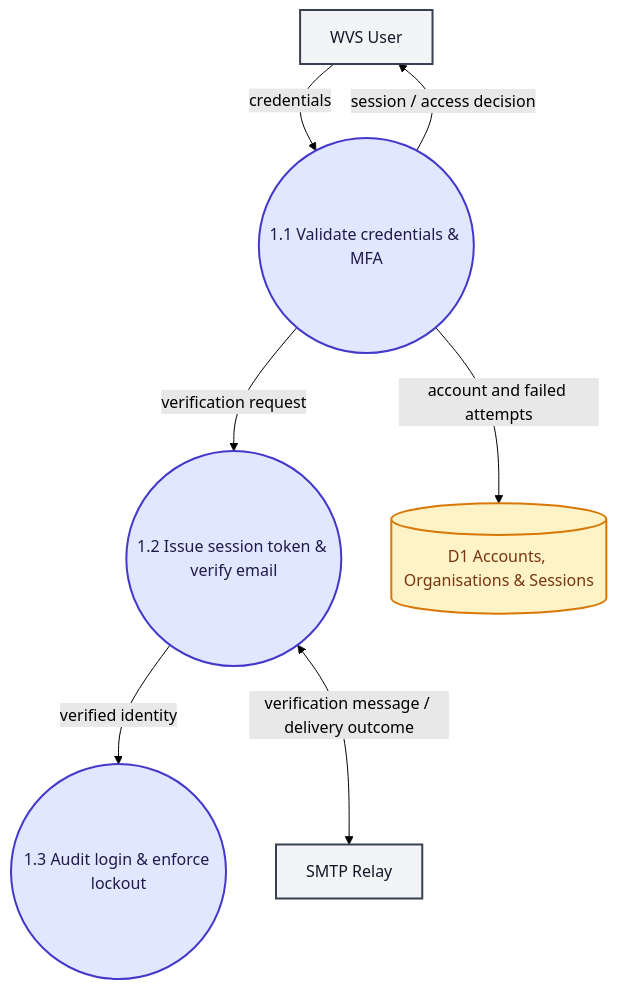
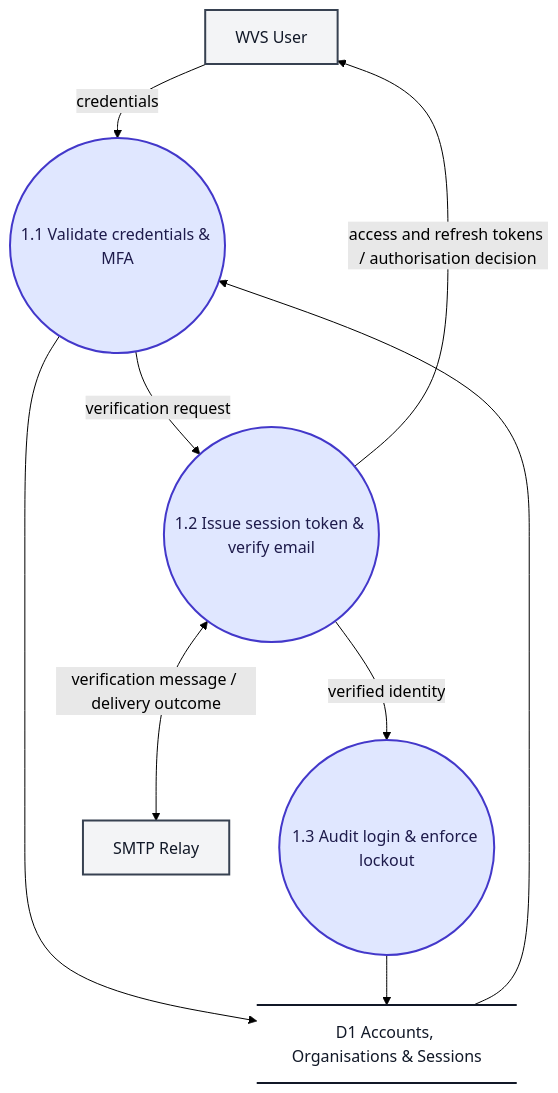
Before and after one commit to ksacheth/software-engineering: the third of 10 diagrams in docs/Website_Vulnerability_Scanner_DFD.md, drawn with Mermaid (forest theme). The commit also changed other lines of this file and 25 other files, not shown here.

Commit message:
docs(dfd): standardize data store flows

````diff
--- a/docs/Website_Vulnerability_Scanner_DFD.md
+++ b/docs/Website_Vulnerability_Scanner_DFD.md
@@ -135,26 +136,28 @@
 ```mermaid
 flowchart TD
     %% Level 2 DFD - F.1 User Authentication & Access Control
 
     User["WVS User"]
     P11(("1.1 Validate credentials & MFA"))
     P12(("1.2 Issue session token & verify email"))
     P13(("1.3 Audit login & enforce lockout"))
-    D1[("D1 Accounts, Organisations & Sessions")]
+    D1@{ shape: datastore, label: "D1 Accounts, Organisations & Sessions" }
     SMTP["SMTP Relay"]
 
     User -->|"credentials"| P11
-    P11 -->|"session / access decision"| User
     P11 -->|"verification request"| P12
+    P12 -->|"access and refresh tokens / authorisation decision"| User
     P12 -->|"verified identity"| P13
-    P11 -->|"account and failed attempts"| D1
+    D1 --> P11
+    P11 --> D1
+    P13 --> D1
     P12 <-->|"verification message / delivery outcome"| SMTP
 
     %% Styling
     classDef process fill:#e0e7ff,stroke:#4338ca,stroke-width:2px,color:#1e1b4b;
     classDef entity fill:#f3f4f6,stroke:#374151,stroke-width:2px,color:#111827;
-    classDef store fill:#fef3c7,stroke:#d97706,stroke-width:2px,color:#78350f;
+    classDef store fill:transparent,stroke:#111827,stroke-width:2px,color:#111827;
     class P11,P12,P13 process;
     class User,SMTP entity;
     class D1 store;
 ```
````
